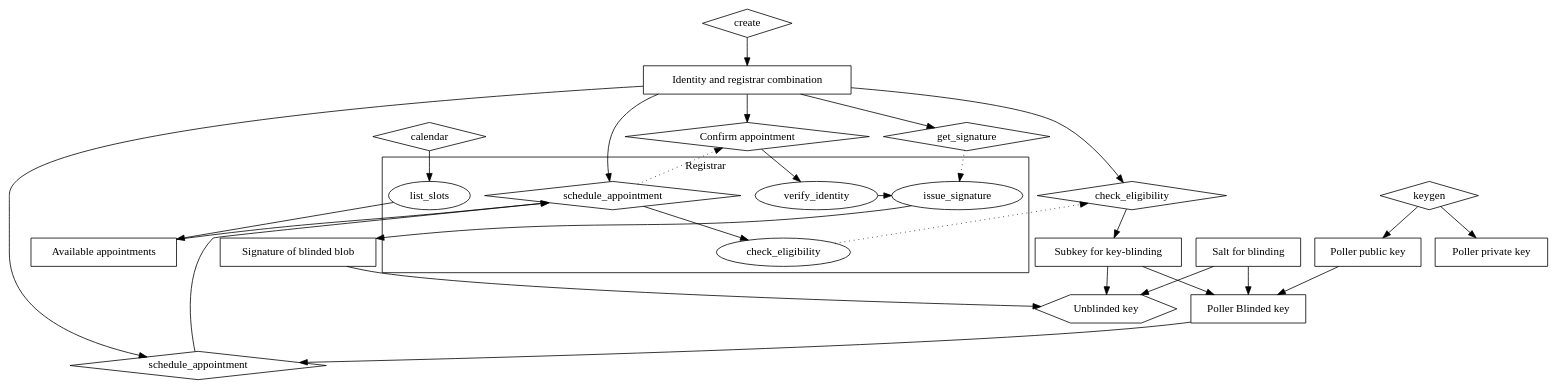
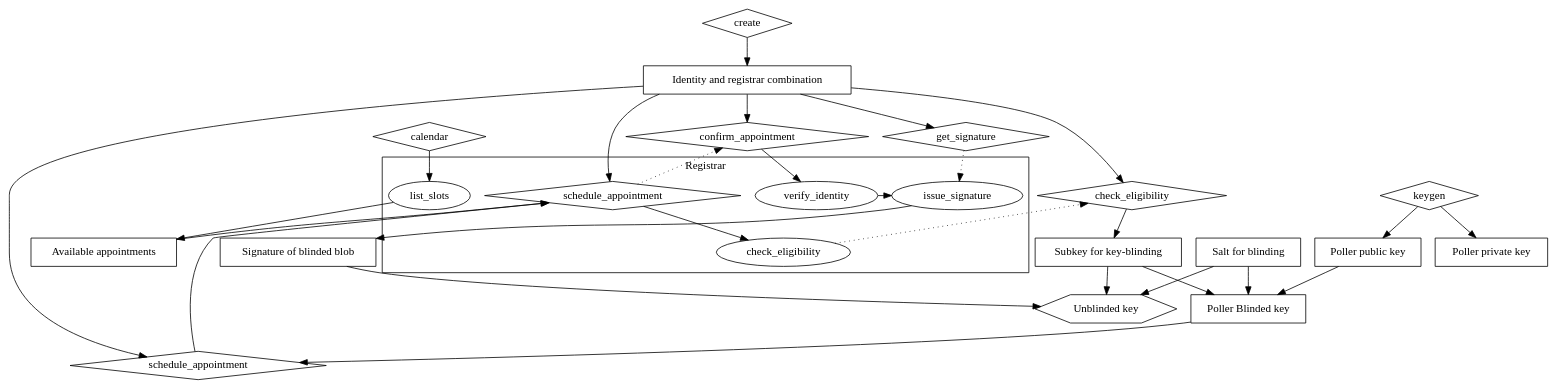
The diagram in doc/securepolling.dot (securepollingsystem/securepolling), drawn with Graphviz before and after one commit. The commit also changed 1 other file, not shown here.

```diff
--- a/doc/securepolling.dot
+++ b/doc/securepolling.dot
@@ -1,67 +1,67 @@
 // Registrar process
 digraph {
   subgraph cluster_Registrar {
     label="Registrar"
     r_list_slots [label="list_slots"]
     r_schedule_appointment [label="schedule_appointment"]
     r_verify_identity [label="verify_identity"]
     r_check_eligibility [label="check_eligibility"]
     r_issue_signature [label="issue_signature"]
     r_verify_identity -> r_issue_signature [constraint="false"]
   }
 
   // Step 1
   create [shape="diamond"]
   Identity [label="Identity and registrar combination" shape="box"]
 
   create -> Identity
 
   keygen [shape="diamond"]
   Public [label="Poller public key" shape="box"]
   Private [label="Poller private key" shape="box"]
 
   keygen -> Public
   keygen -> Private
 
   calendar [shape="diamond"]
   Appointments [label="Available appointments" shape="box"]
   calendar -> r_list_slots -> Appointments
 
   Appointments -> r_schedule_appointment
   Identity -> r_schedule_appointment
   r_schedule_appointment [shape="diamond"]
   r_schedule_appointment -> r_check_eligibility // [label="Request acknowledgement of eligibility"]
 
   CheckEligibility [label="check_eligibility" shape="diamond"]
   r_check_eligibility -> CheckEligibility [style="dotted"]
   Identity -> CheckEligibility -> Subkey
 
   Subkey [label="Subkey for key-blinding" shape="box"]
   Salt [label="Salt for blinding" shape="box"]
 
   Blinded [label="Poller Blinded key" shape="box"]
   Subkey -> Blinded
   Salt -> Blinded
   Public -> Blinded
 
   schedule_appointment [shape="diamond"]
   Identity -> schedule_appointment
   Blinded  -> schedule_appointment -> r_schedule_appointment
-  r_schedule_appointment -> Confirmation [style=dotted]
-  Identity -> Confirmation
-  Confirmation [label="Confirm appointment" shape="diamond"]
+  r_schedule_appointment -> confirm_appointment [style="dotted"]
+  Identity -> confirm_appointment
+  confirm_appointment [shape="diamond"]
 
   // Step 2
-  Confirmation -> r_verify_identity
+  confirm_appointment -> r_verify_identity
   Identity -> get_signature
   get_signature [shape="diamond"]
   get_signature -> r_issue_signature [style=dotted]
   r_issue_signature -> SignedBlinded
   SignedBlinded [label="Signature of blinded blob" shape="box"]
 
   Salt -> Unblinded
   Subkey -> Unblinded
   SignedBlinded -> Unblinded
 
   Unblinded [shape="hexagon" label="Unblinded key"]
 }
```
